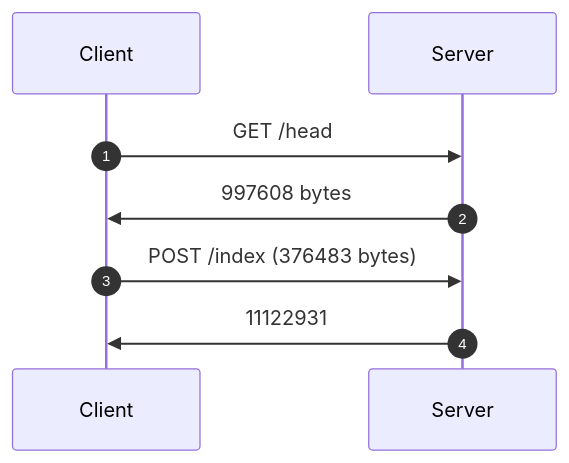
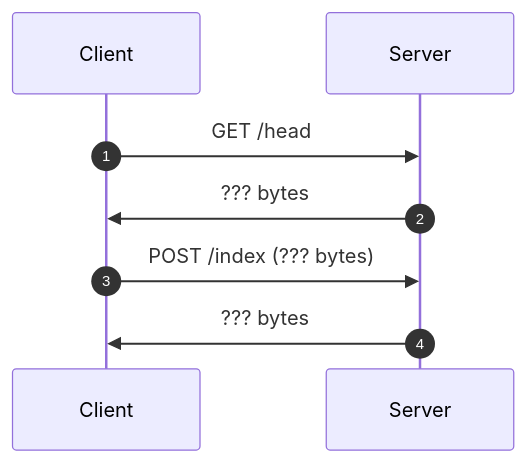
Before and after one commit to bitmeta69/securedrop: the second of 4 diagrams in PROPOSAL.md, drawn with Mermaid. The commit also changed other lines of this file and 3 other files, not shown here.

````diff
--- a/PROPOSAL.md
+++ b/PROPOSAL.md
@@ -77,13 +78,13 @@
 ```mermaid
 sequenceDiagram
 autonumber
 
 participant Client
 participant Server
 
 Client ->> Server: GET /head
-Server ->> Client: 997608 bytes
+Server ->> Client: ??? bytes
 
-Client ->> Server: POST /index (376483 bytes)
-Server ->> Client: 11122931
+Client ->> Server: POST /index (??? bytes)
+Server ->> Client: ??? bytes
 ```
````
